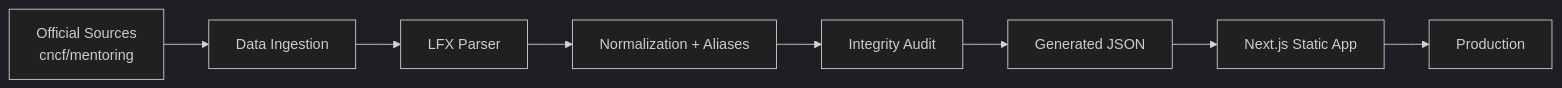
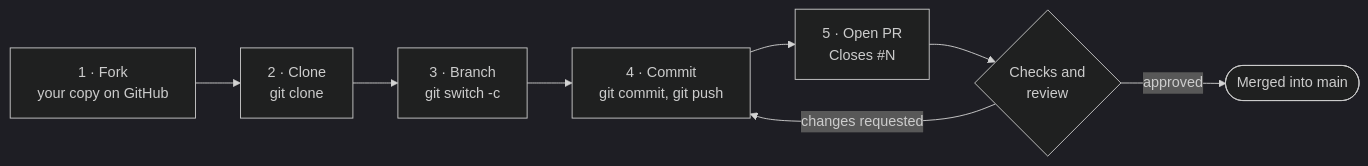
One commit to rajatrsrivastav/ossgrid changed the second of 3 diagrams in CONTRIBUTING.md. Above: the diagram before and after it, drawn with Mermaid (dark theme). The commit also changed other lines of this file and 6 other files, not shown here.

````diff
--- a/CONTRIBUTING.md
+++ b/CONTRIBUTING.md
@@ -61,10 +188,10 @@
 ```mermaid
 flowchart LR
-    A["Official Sources<br/>cncf/mentoring"] --> B["Data Ingestion"]
-    B --> C["LFX Parser"]
-    C --> D["Normalization + Aliases"]
-    D --> E["Integrity Audit"]
-    E --> F["Generated JSON"]
-    F --> G["Next.js Static App"]
-    G --> H["Production"]
+    A["1 · Fork<br/>your copy on GitHub"] --> B["2 · Clone<br/>git clone"]
+    B --> C["3 · Branch<br/>git switch -c"]
+    C --> D["4 · Commit<br/>git commit, git push"]
+    D --> E["5 · Open PR<br/>Closes #N"]
+    E --> F{"Checks and<br/>review"}
+    F -- changes requested --> D
+    F -- approved --> G(["Merged into main"])
 ```
````
